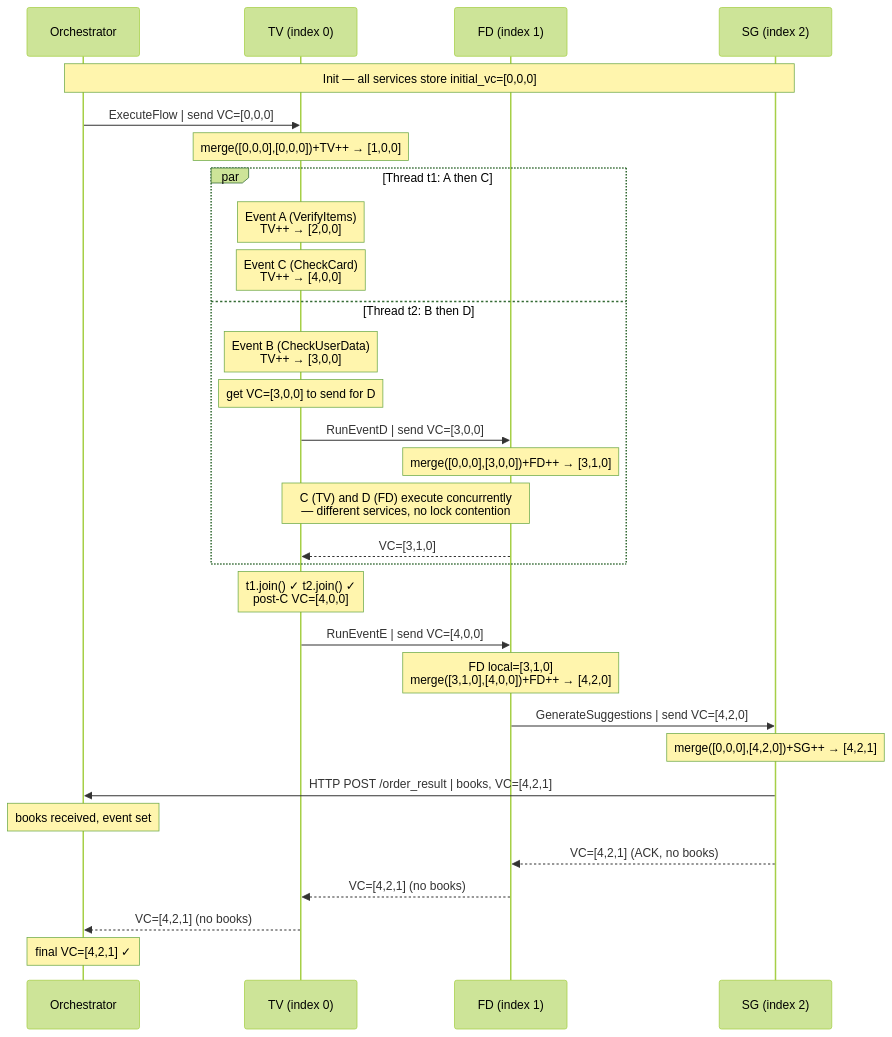
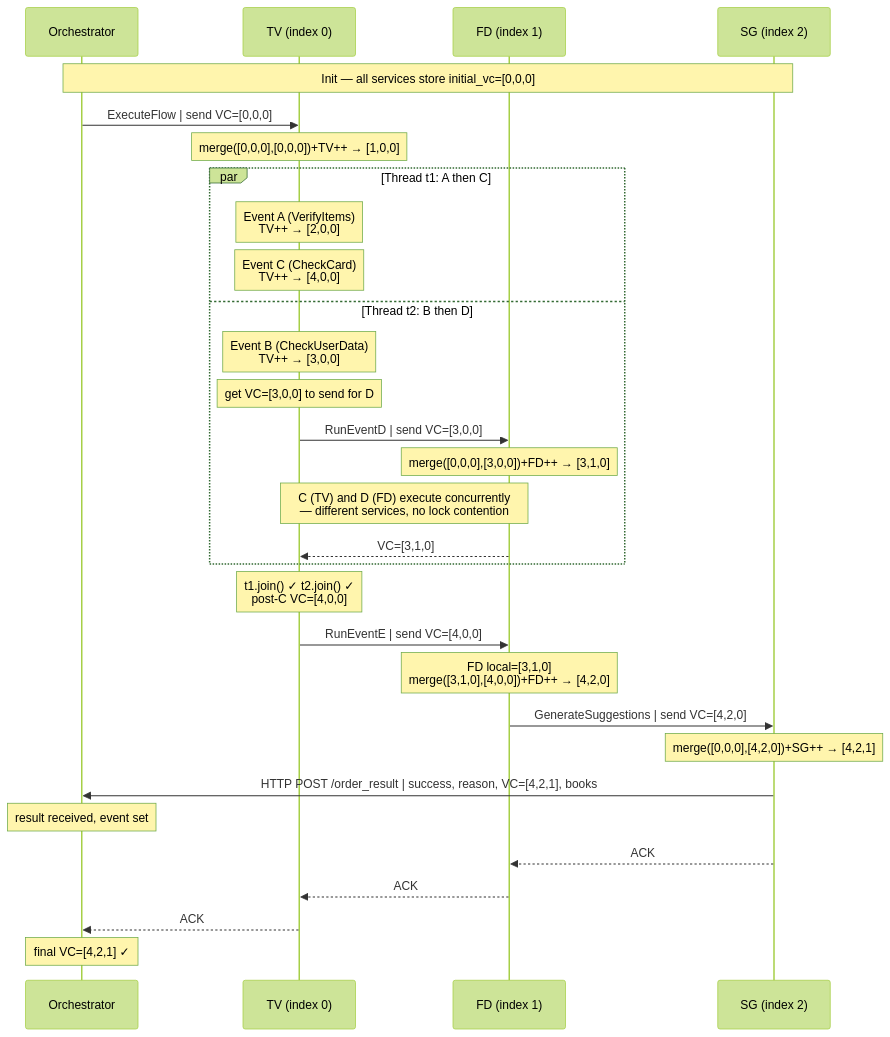
One commit to M1ngiii/ds-practice-2025 changed the fifth of 5 diagrams in docs/README.md. Above: the diagram before and after it, drawn with Mermaid (forest theme). The commit also changed other lines of this file and 10 other files, not shown here.

Commit message:
Removed result backpropagation: all services post directly to orchestrator

````diff
--- a/docs/README.md
+++ b/docs/README.md
@@ -240,37 +240,37 @@
 ```mermaid
 sequenceDiagram
     participant O  as Orchestrator
     participant TV as TV (index 0)
     participant FD as FD (index 1)
     participant SG as SG (index 2)
 
     Note over O,SG: Init — all services store initial_vc=[0,0,0]
 
     O->>TV: ExecuteFlow | send VC=[0,0,0]
     Note over TV: merge([0,0,0],[0,0,0])+TV++ → [1,0,0]
 
     par Thread t1: A then C
         Note over TV: Event A (VerifyItems)<br/>TV++ → [2,0,0]
         Note over TV: Event C (CheckCard)<br/>TV++ → [4,0,0]
     and Thread t2: B then D
         Note over TV: Event B (CheckUserData)<br/>TV++ → [3,0,0]
         Note over TV: get VC=[3,0,0] to send for D
         TV->>FD: RunEventD | send VC=[3,0,0]
         Note over FD: merge([0,0,0],[3,0,0])+FD++ → [3,1,0]
         Note over TV,FD: C (TV) and D (FD) execute concurrently<br/>— different services, no lock contention
         FD-->>TV: VC=[3,1,0]
     end
 
     Note over TV: t1.join() ✓  t2.join() ✓<br/>post-C VC=[4,0,0]
 
     TV->>FD: RunEventE | send VC=[4,0,0]
     Note over FD: FD local=[3,1,0]<br/>merge([3,1,0],[4,0,0])+FD++ → [4,2,0]
     FD->>SG: GenerateSuggestions | send VC=[4,2,0]
     Note over SG: merge([0,0,0],[4,2,0])+SG++ → [4,2,1]
-    SG->>O: HTTP POST /order_result | books, VC=[4,2,1]
-    Note over O: books received, event set
-    SG-->>FD: VC=[4,2,1] (ACK, no books)
-    FD-->>TV: VC=[4,2,1] (no books)
-    TV-->>O: VC=[4,2,1] (no books)
+    SG->>O: HTTP POST /order_result | success, reason, VC=[4,2,1], books
+    Note over O: result received, event set
+    SG-->>FD: ACK
+    FD-->>TV: ACK
+    TV-->>O: ACK
     Note over O: final VC=[4,2,1] ✓
 ```
````
